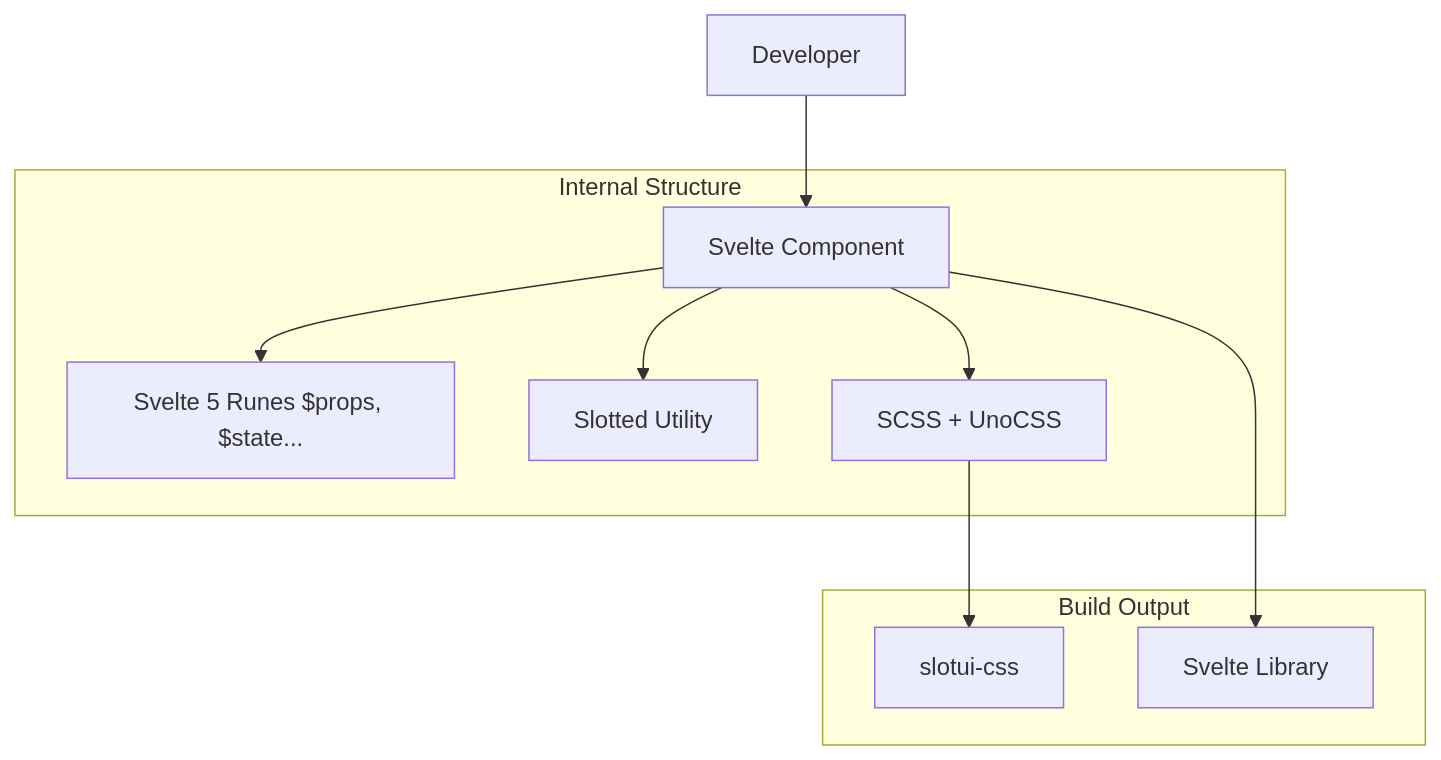
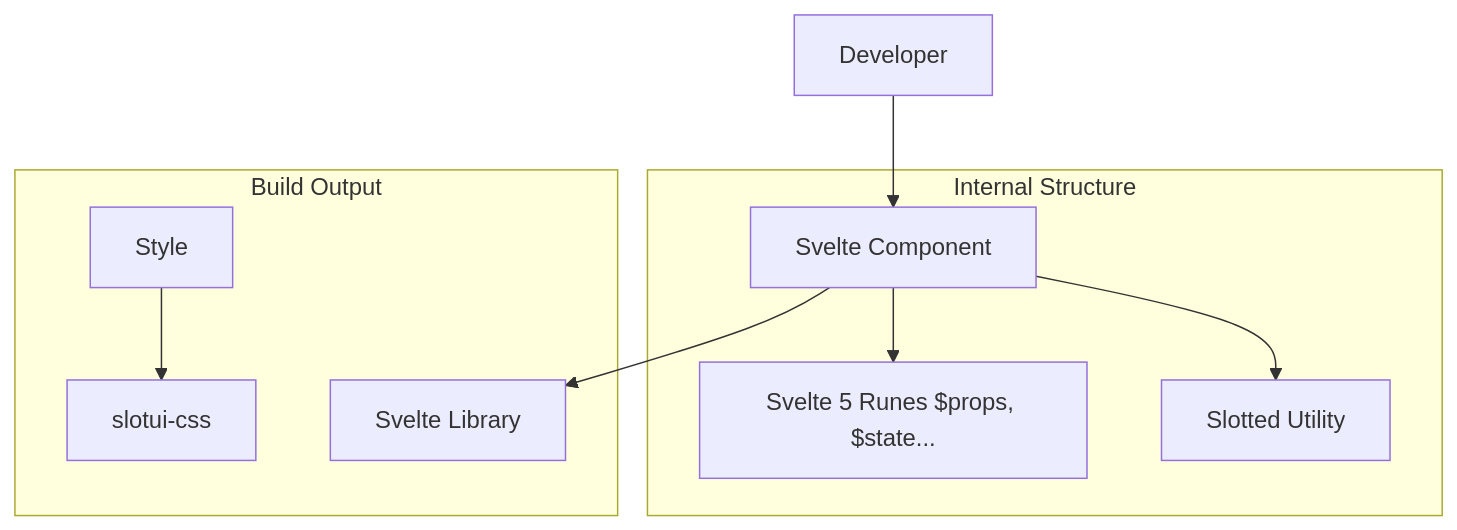
The diagram in packages/idae-slotui/README.md (medyll/idae), drawn with Mermaid before and after one commit. The commit also changed other lines of this file and 20 other files, not shown here.

Commit message:
feat: remove SCSS support and migrate to Tailwind CSS; update configuration and documentation

````diff
--- a/packages/idae-slotui/README.md
+++ b/packages/idae-slotui/README.md
@@ -48,15 +48,14 @@
 ```mermaid
 flowchart TD
   User[Developer] --> Comp[Svelte Component]
   
   subgraph Component [Internal Structure]
     Comp --> Runes[Svelte 5 Runes $props, $state...]
     Comp --> Slotted[Slotted Utility]
-    Comp --> Style[SCSS + UnoCSS]
   end
 
   subgraph Exports [Build Output]
     Style --> CSS[slotui-css]
     Comp --> Lib[Svelte Library]
   end
 ```
````
